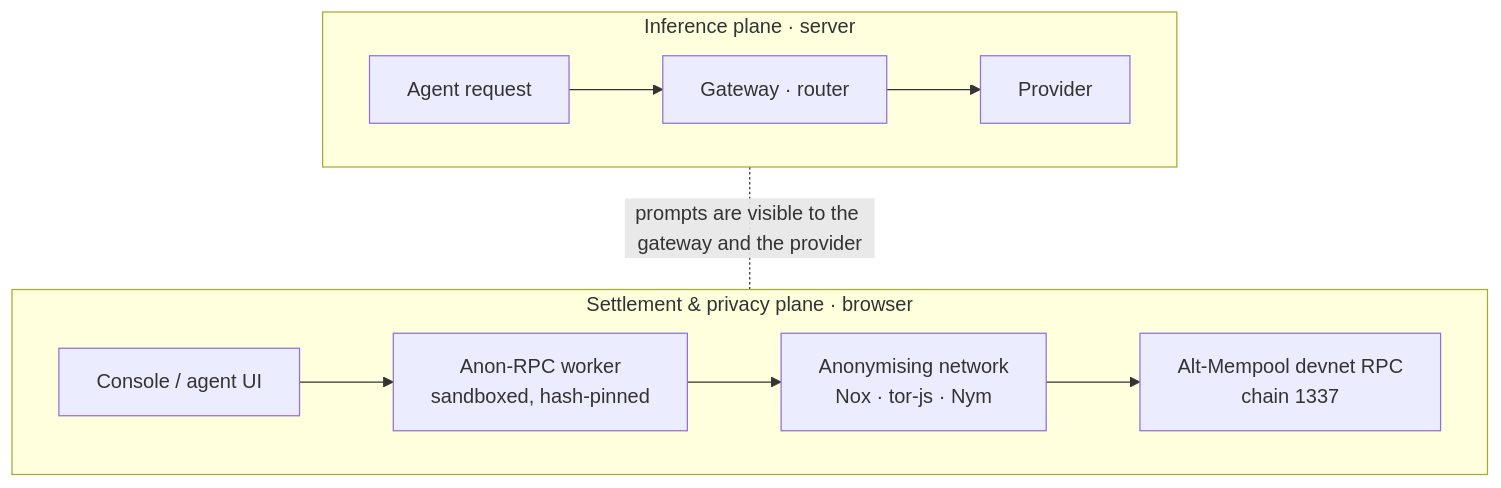
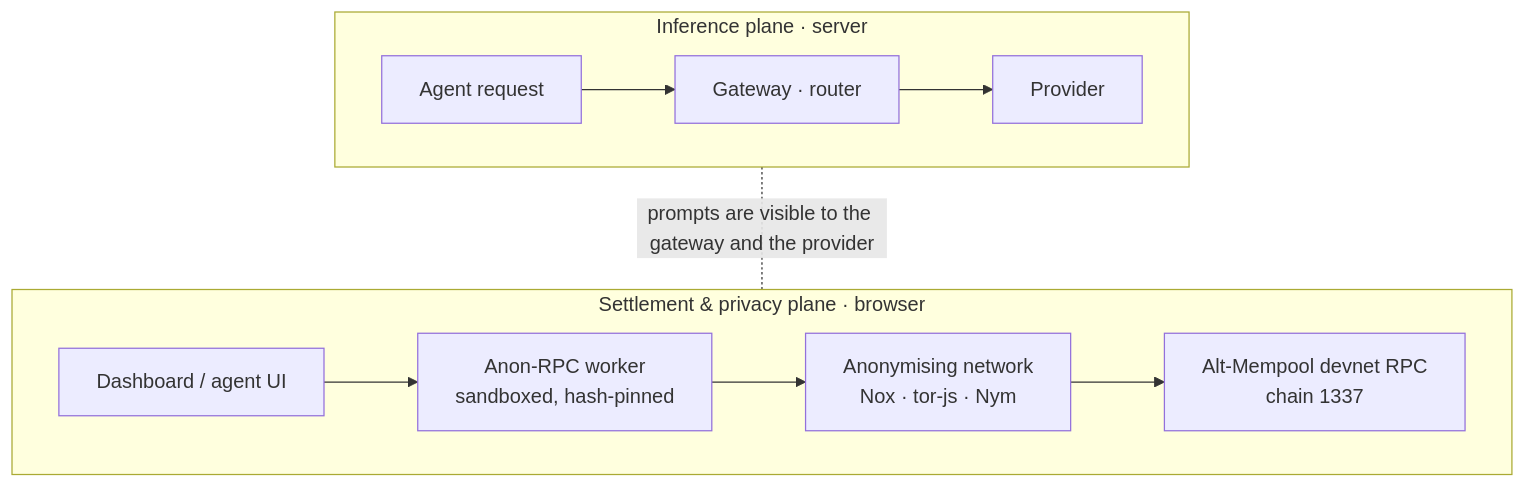
The second of 7 diagrams in README.md (ayushsingh82/ROUTIQ), drawn with Mermaid before and after one commit. The commit also changed other lines of this file and 22 other files, not shown here.

Commit message:
feat(agent): live Frame Tx agent demo API, devnet staking script, console renamed to dashboard

````diff
--- a/README.md
+++ b/README.md
@@ -86,10 +86,10 @@
 ```mermaid
 flowchart TB
   subgraph inference["Inference plane · server"]
     I1["Agent request"] --> I2["Gateway · router"] --> I3["Provider"]
   end
   subgraph settlement["Settlement & privacy plane · browser"]
-    S1["Console / agent UI"] --> S2["Anon-RPC worker<br/>sandboxed, hash-pinned"] --> S3["Anonymising network<br/>Nox · tor-js · Nym"] --> S4["Alt-Mempool devnet RPC<br/>chain 1337"]
+    S1["Dashboard / agent UI"] --> S2["Anon-RPC worker<br/>sandboxed, hash-pinned"] --> S3["Anonymising network<br/>Nox · tor-js · Nym"] --> S4["Alt-Mempool devnet RPC<br/>chain 1337"]
   end
   inference -. "prompts are visible to the gateway and the provider" .- settlement
 ```
````
